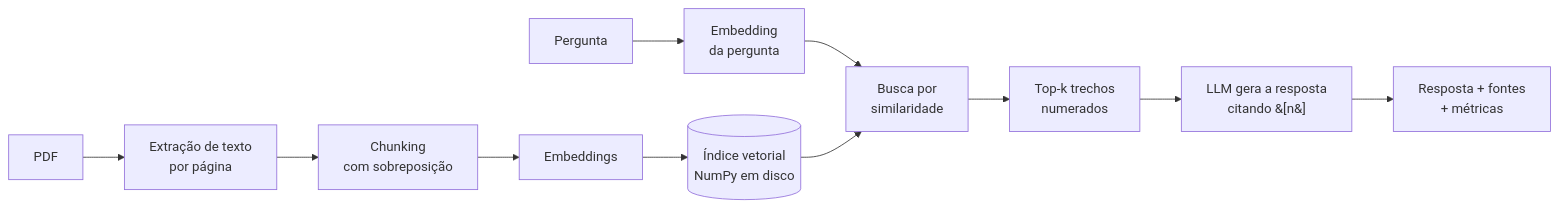
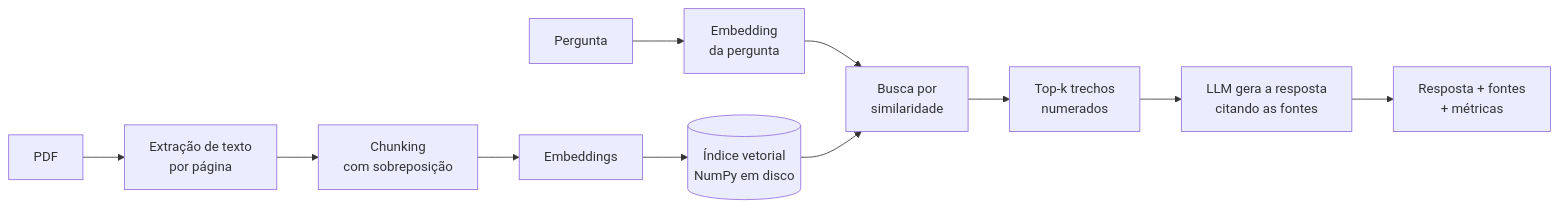
One commit to LeviLucena/Document-Intelligence changed the diagram in README.md. Above: the diagram before and after it, drawn with Mermaid.

Commit message:
README: corrige diagrama Mermaid

````diff
--- a/README.md
+++ b/README.md
@@ -22,13 +22,13 @@
 ```mermaid
 flowchart LR
     A[PDF] --> B[Extração de texto<br/>por página]
     B --> C[Chunking<br/>com sobreposição]
     C --> D[Embeddings]
     D --> E[(Índice vetorial<br/>NumPy em disco)]
     Q[Pergunta] --> F[Embedding<br/>da pergunta]
     F --> G[Busca por<br/>similaridade]
     E --> G
     G --> H[Top-k trechos<br/>numerados]
-    H --> I[LLM gera a resposta<br/>citando &#91;n&#93;]
+    H --> I["LLM gera a resposta<br/>citando as fontes"]
     I --> J[Resposta + fontes<br/>+ métricas]
 ```
````
